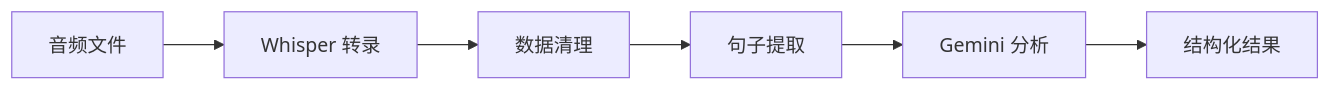
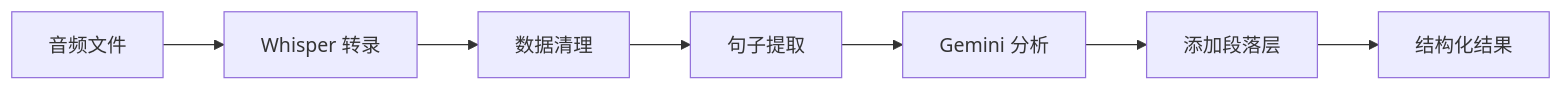
One commit to acquisit-ai/simple-audio-processing changed the diagram in README.md. Above: the diagram before and after it, drawn with Mermaid. The commit also changed other lines of this file and 4 other files, not shown here.

````diff
--- a/README.md
+++ b/README.md
@@ -258,8 +268,9 @@
 ```mermaid
 graph LR
     A[音频文件] --> B[Whisper 转录]
     B --> C[数据清理]
     C --> D[句子提取]
     D --> E[Gemini 分析]
-    E --> F[结构化结果]
+    E --> F[添加段落层]
+    F --> G[结构化结果]
 ```
````
